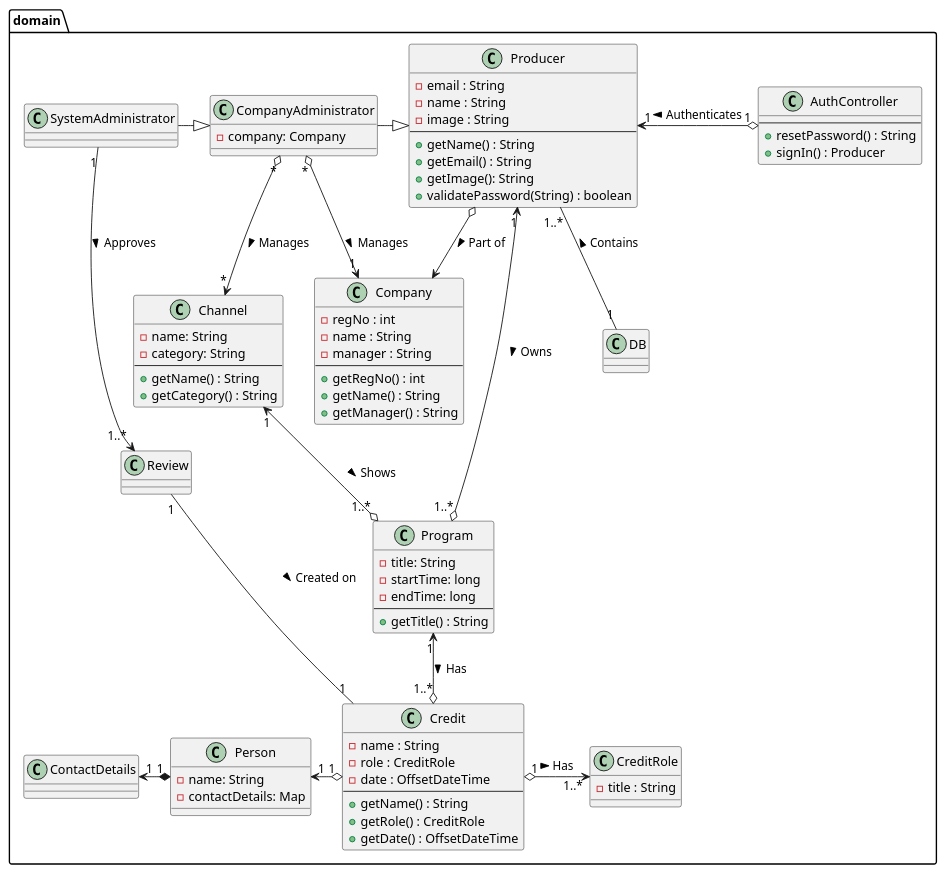
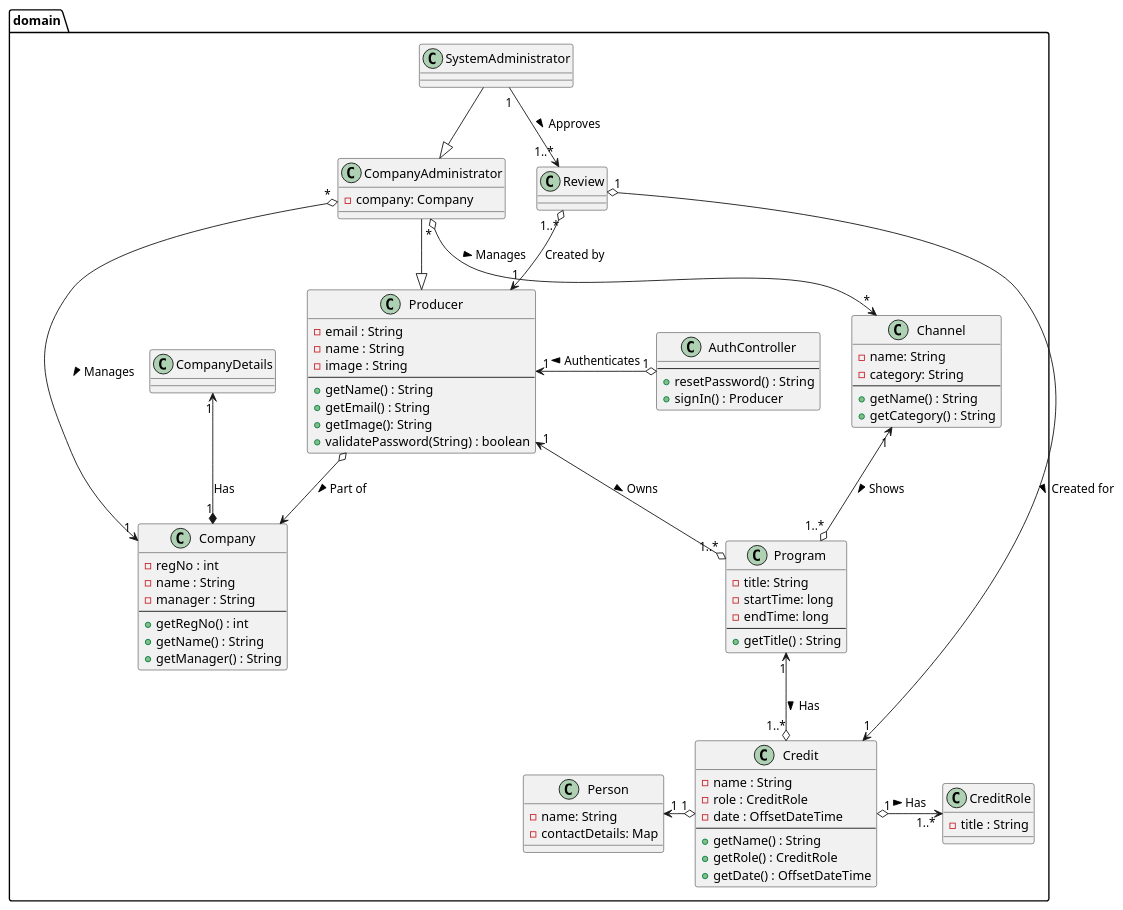
Before and after one commit to amatzen/SE02-SE-G02-SPRO: the diagram in uml/class_diagrams/domain_model/domain_model_extended.puml, drawn with PlantUML.

Commit message:
Domain model

```diff
--- a/uml/class_diagrams/domain_model/domain_model_extended.puml
+++ b/uml/class_diagrams/domain_model/domain_model_extended.puml
@@ -1,110 +1,108 @@
 @startuml
 'https://plantuml.com/class-diagram
 
 package "domain" {
     'Personer her
     class Producer {
         - email : String
         - name : String
         - image : String
         --
         + getName() : String
         + getEmail() : String
         + getImage(): String
         + validatePassword(String) : boolean
     }
 
     class CompanyAdministrator {
         - company: Company
     }
 
     class SystemAdministrator {
     }
 
     'Naeste
     class Company {
         - regNo : int
         - name : String
         - manager : String
         --
         + getRegNo() : int
         + getName() : String
         + getManager() : String
     }
 
     class Channel {
         - name: String
         - category: String
         --
         + getName() : String
         + getCategory() : String
     }
 
     class Program {
         - title: String
         -startTime: long
         -endTime: long
         --
         + getTitle() : String
     }
 
     class CreditRole {
         - title : String
     }
 
     class Review {
     }
 
     class Credit {
         - name : String
         - role : CreditRole
         - date : OffsetDateTime
         --
         + getName() : String
         + getRole() : CreditRole
         + getDate() : OffsetDateTime
     }
 
     'Controller
     class AuthController {
         --
         + resetPassword() : String
         + signIn() : Producer
     }
 
-    'Statics
-    class DB {
-    }
-
     class Person {
         -name: String
         -contactDetails: Map
     }
 
-    class ContactDetails {
+    class CompanyDetails {
+
     }
 }
 
 SystemAdministrator "1" --> "1..*" Review : "Approves >"
-Review "1" -- "1" Credit : "Created on >"
+Review "1..*" o--> "1" Producer : "Created by"
+Review "1" o--> "1" Credit : "Created for >"
 SystemAdministrator -|> CompanyAdministrator
 
 CompanyAdministrator -|> Producer
 CompanyAdministrator "*" o--> "1" Company : "Manages >"
 CompanyAdministrator "*" o--> "*" Channel : "Manages >"
 
 Producer "1" <--o "1..*" Program : "Owns >"
 Producer "1" <-o "1" AuthController : "Authenticates <"
 Producer o--> Company : "Part of >"
-Producer "1..*" -- "1" DB : "Contains <"
+
+CompanyDetails "1" <--* "1" Company : Has
 
 Channel "1" <--o "1..*" Program : "Shows >"
 
 Credit "1" o-> "1..*" CreditRole : "Has >"
 
 Program "1" <--o "1..*" Credit : "Has >"
 
 Person "1" <-o "1" Credit
-ContactDetails "1" <-* "1" Person
 
 @enduml
```
